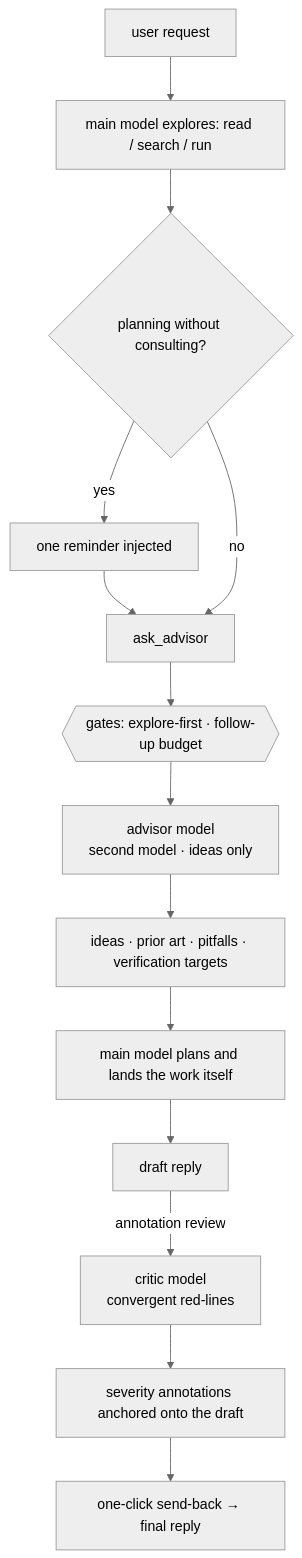
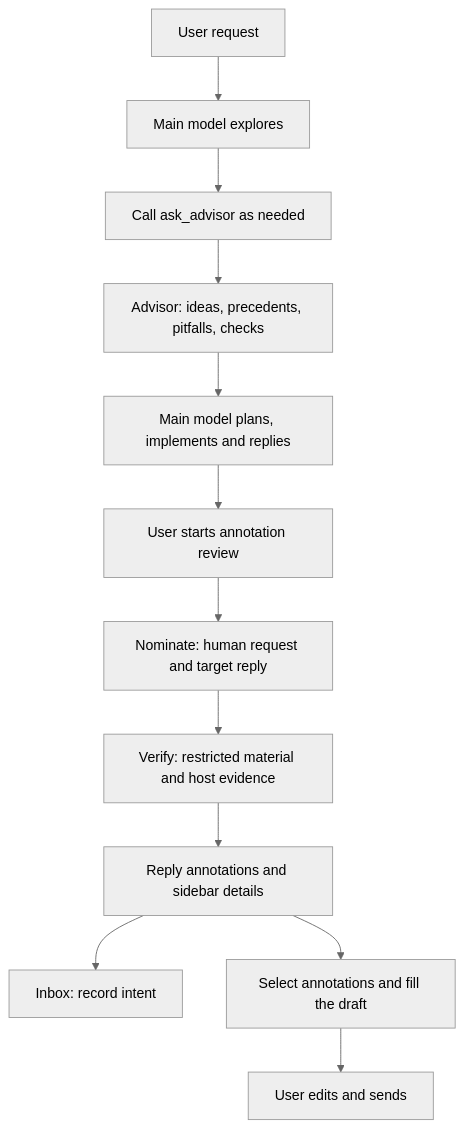
The diagram in README.en.md (higekibaka/dsh-ciel), drawn with Mermaid (neutral theme) before and after one commit. The commit also changed other lines of this file and 4 other files, not shown here.

````diff
--- a/README.en.md
+++ b/README.en.md
@@ -32,16 +37,14 @@
 ```mermaid
 flowchart TD
-    U[user request] --> E[main model explores: read / search / run]
-    E --> P{planning without consulting?}
-    P -->|yes| R[one reminder injected]
-    R --> A
-    P -->|no| A[ask_advisor]
-    A --> G{{gates: explore-first · follow-up budget}}
-    G --> M[advisor model<br>second model · ideas only]
-    M --> I[ideas · prior art · pitfalls · verification targets]
-    I --> L[main model plans and lands the work itself]
-    L --> D[draft reply]
-    D -->|annotation review| C[critic model<br>convergent red-lines]
-    C --> S[severity annotations anchored onto the draft]
-    S --> F[one-click send-back → final reply]
+    U[User request] --> E[Main model explores]
+    E --> A[Call ask_advisor as needed]
+    A --> I[Advisor: ideas, precedents, pitfalls, checks]
+    I --> M[Main model plans, implements and replies]
+    M --> C[User starts annotation review]
+    C --> S[Nominate: human request and target reply]
+    S --> V[Verify: restricted material and host evidence]
+    V --> R[Reply annotations and sidebar details]
+    R --> B[Inbox: record intent]
+    R --> D[Select annotations and fill the draft]
+    D --> F[User edits and sends]
 ```
````
